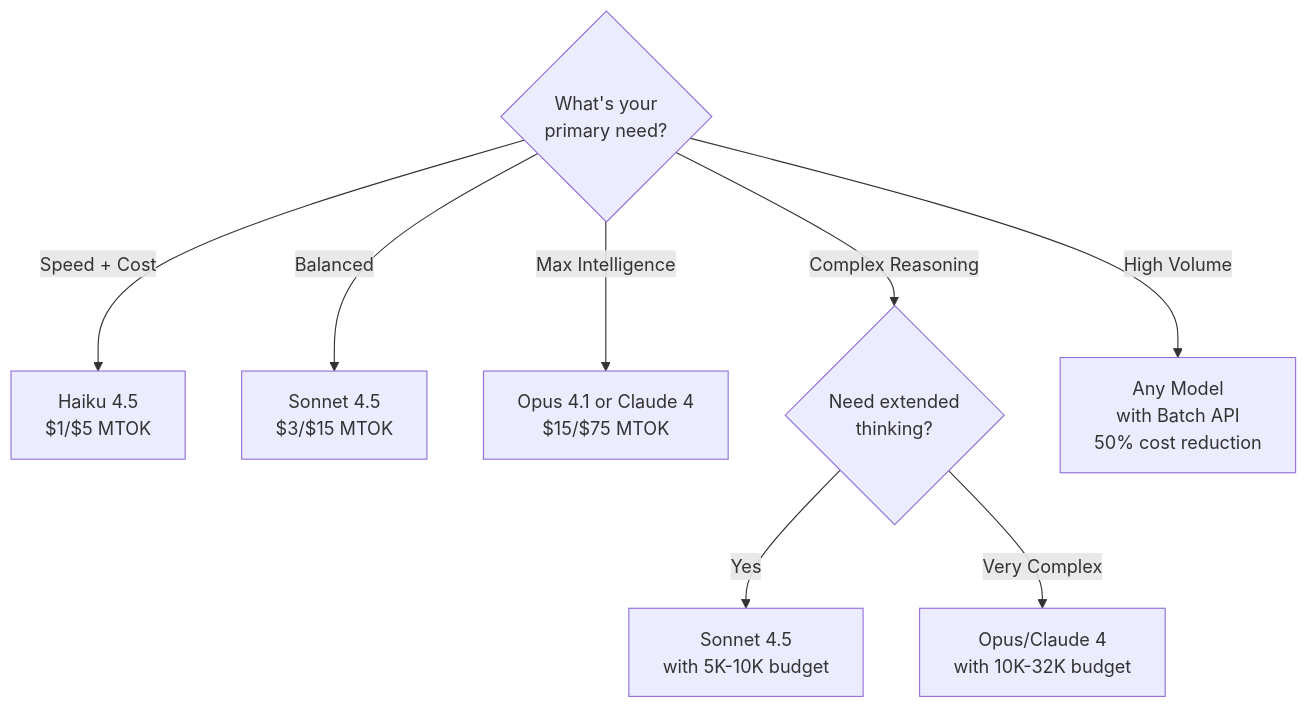
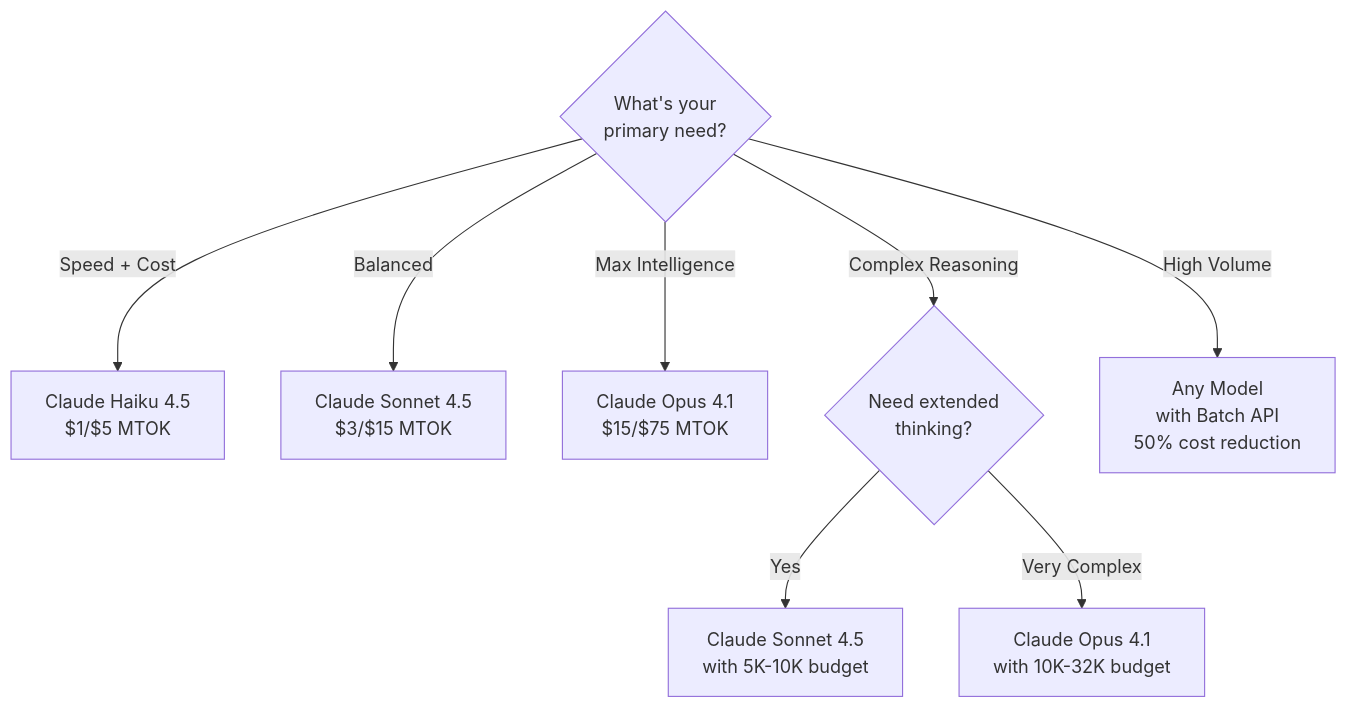
The second of 4 diagrams in docs/01-fundamentals-core-concepts/01-mental-models.md (slava-kudzinau/cc-guide), drawn with Mermaid before and after one commit. The commit also changed other lines of this file, not shown here.

Commit message:
Refactor model naming in documentation to consistently include "Claude" prefix for all models, update model descriptions and use cases for clarity, and enhance decision tree for model selection.

````diff
--- a/docs/01-fundamentals-core-concepts/01-mental-models.md
+++ b/docs/01-fundamentals-core-concepts/01-mental-models.md
@@ -62,14 +67,14 @@
 ```mermaid
 graph TD
     Start{What's your<br/>primary need?}
     
-    Start -->|Speed + Cost| Haiku[Haiku 4.5<br/>$1/$5 MTOK]
-    Start -->|Balanced| Sonnet[Sonnet 4.5<br/>$3/$15 MTOK]
-    Start -->|Max Intelligence| Opus[Opus 4.1 or Claude 4<br/>$15/$75 MTOK]
+    Start -->|Speed + Cost| Haiku[Claude Haiku 4.5<br/>$1/$5 MTOK]
+    Start -->|Balanced| Sonnet[Claude Sonnet 4.5<br/>$3/$15 MTOK]
+    Start -->|Max Intelligence| Opus[Claude Opus 4.1<br/>$15/$75 MTOK]
     
     Start -->|Complex Reasoning| Extended{Need extended<br/>thinking?}
-    Extended -->|Yes| SonnetExt[Sonnet 4.5<br/>with 5K-10K budget]
-    Extended -->|Very Complex| OpusExt[Opus/Claude 4<br/>with 10K-32K budget]
+    Extended -->|Yes| SonnetExt[Claude Sonnet 4.5<br/>with 5K-10K budget]
+    Extended -->|Very Complex| OpusExt[Claude Opus 4.1<br/>with 10K-32K budget]
     
     Start -->|High Volume| Batch[Any Model<br/>with Batch API<br/>50% cost reduction]
 ```
````
